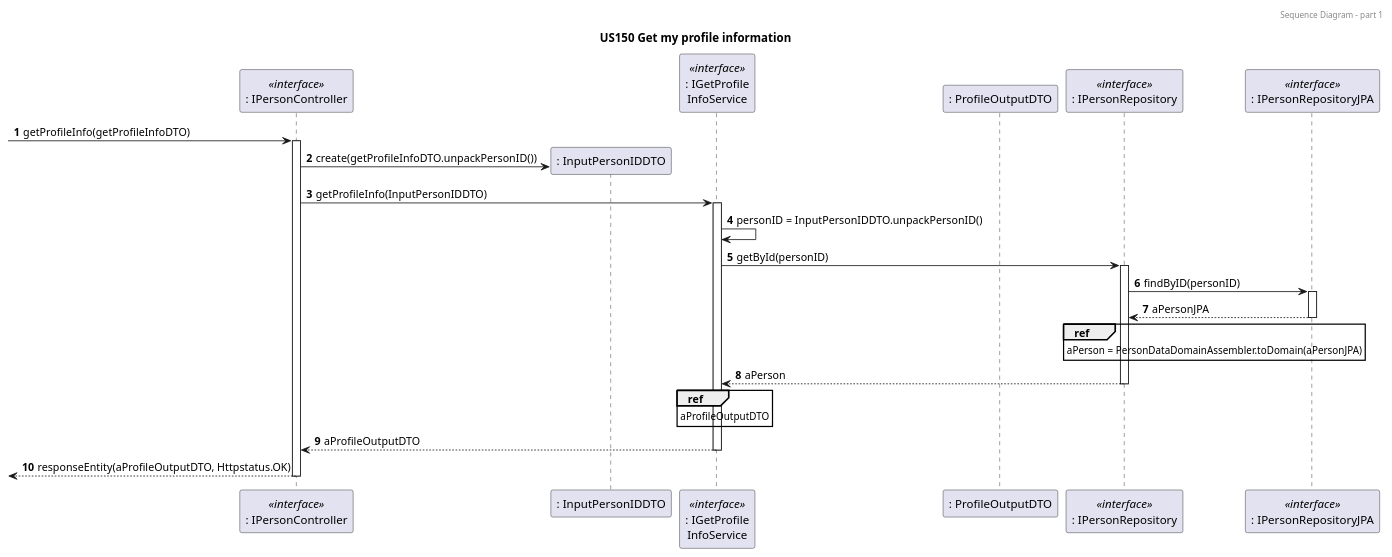
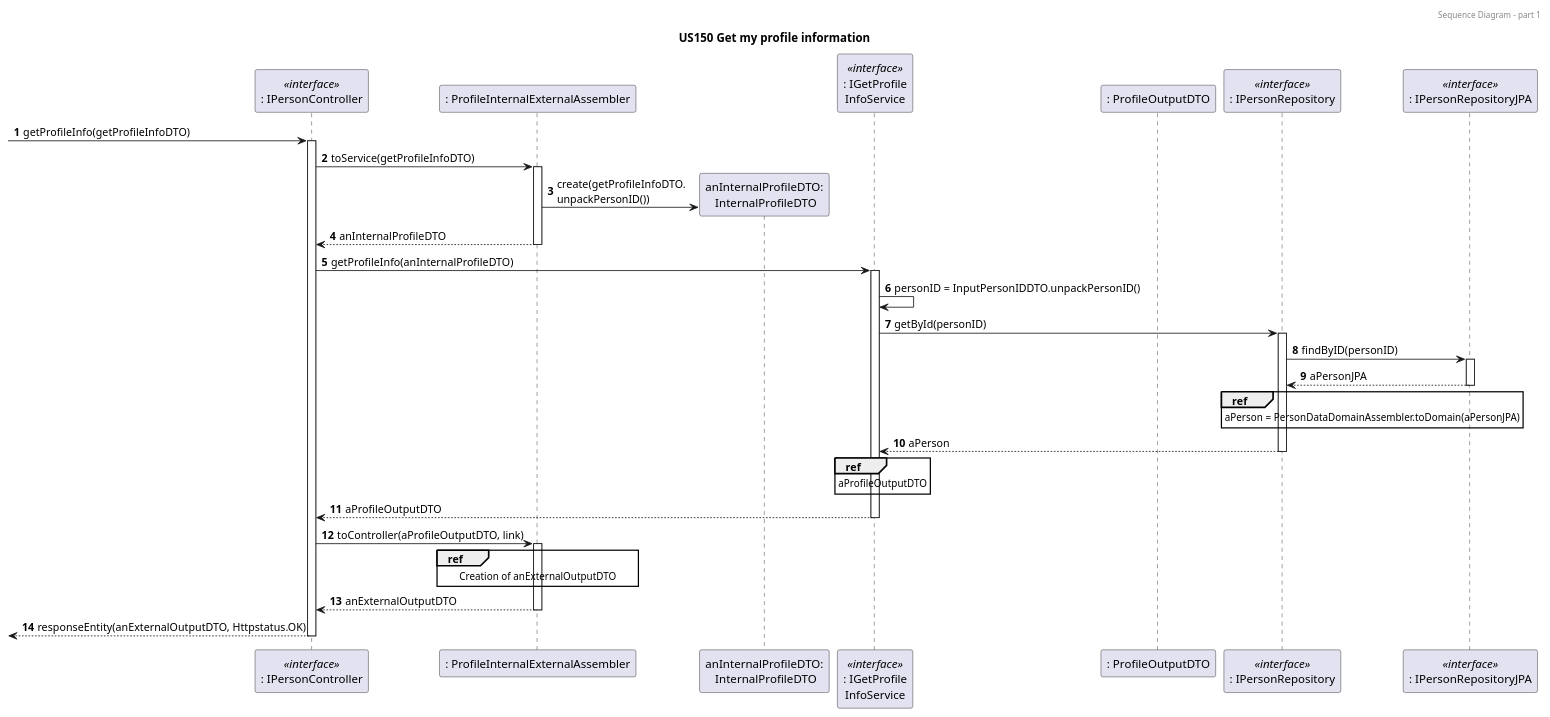
Before and after one commit to tomas-osswald/switch_2020_g3: the fourth of 6 diagrams in docs/sprint5/user_stories/US150_GetFamilyMemberProfile.md, drawn with PlantUML. The commit also changed other lines of this file, not shown here.

Commit message:
Changed SD in US150 to add assembler for DTOs used by Controller

`````diff
--- a/docs/sprint5/user_stories/US150_GetFamilyMemberProfile.md
+++ b/docs/sprint5/user_stories/US150_GetFamilyMemberProfile.md
@@ -232,43 +232,53 @@
 ````puml
 @startuml
 
 autonumber
 header Sequence Diagram - part 1
 title US150 Get my profile information
 
 
 participant ": IPersonController" as controller <<interface>>
-participant ": InputPersonIDDTO" as inputDTO
+participant ": ProfileInternalExternalAssembler" as assembler
+participant "anInternalProfileDTO:\n InternalProfileDTO" as internalDTO
 participant ": IGetProfile\nInfoService" as service <<interface>>
 participant ": ProfileOutputDTO" as outputDTO
 participant ": IPersonRepository" as repository <<interface>>
 participant ": IPersonRepositoryJPA" as repoJPA <<interface>>
 
 -> controller : getProfileInfo(getProfileInfoDTO)
 activate controller
-controller -> inputDTO** : create(getProfileInfoDTO.unpackPersonID())
-controller -> service : getProfileInfo(InputPersonIDDTO)
+controller -> assembler : toService(getProfileInfoDTO)
+activate assembler
+assembler -> internalDTO** : create(getProfileInfoDTO.\nunpackPersonID())
+return anInternalProfileDTO
+controller -> service : getProfileInfo(anInternalProfileDTO)
 activate service
 
 service -> service : personID = InputPersonIDDTO.unpackPersonID()
 service -> repository : getById(personID)
 activate repository
 repository -> repoJPA : findByID(personID)
 activate repoJPA 
 return aPersonJPA
 
 ref over repository 
 aPerson = PersonDataDomainAssembler.toDomain(aPersonJPA)
 end
 return aPerson
 
 ref over service
 aProfileOutputDTO
 end 
+return aProfileOutputDTO
 
-return aProfileOutputDTO
-<-- controller : responseEntity(aProfileOutputDTO, Httpstatus.OK)
+controller -> assembler : toController(aProfileOutputDTO, link)
+activate assembler
+ref over assembler
+Creation of anExternalOutputDTO
+end
+return anExternalOutputDTO
+<-- controller : responseEntity(anExternalOutputDTO, Httpstatus.OK)
 deactivate controller
 
 @enduml
 ````
`````
